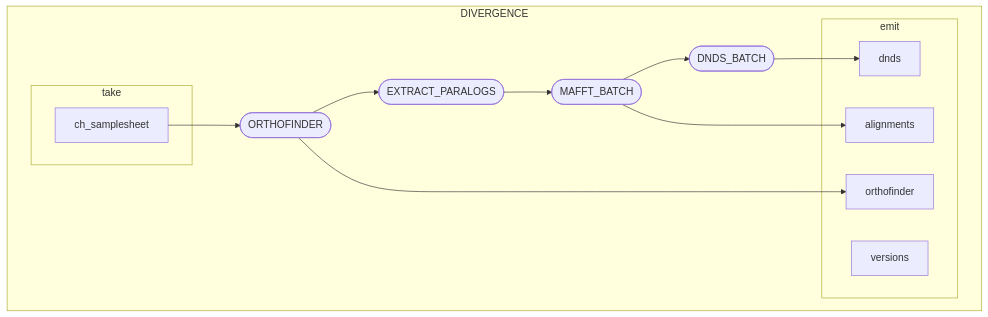
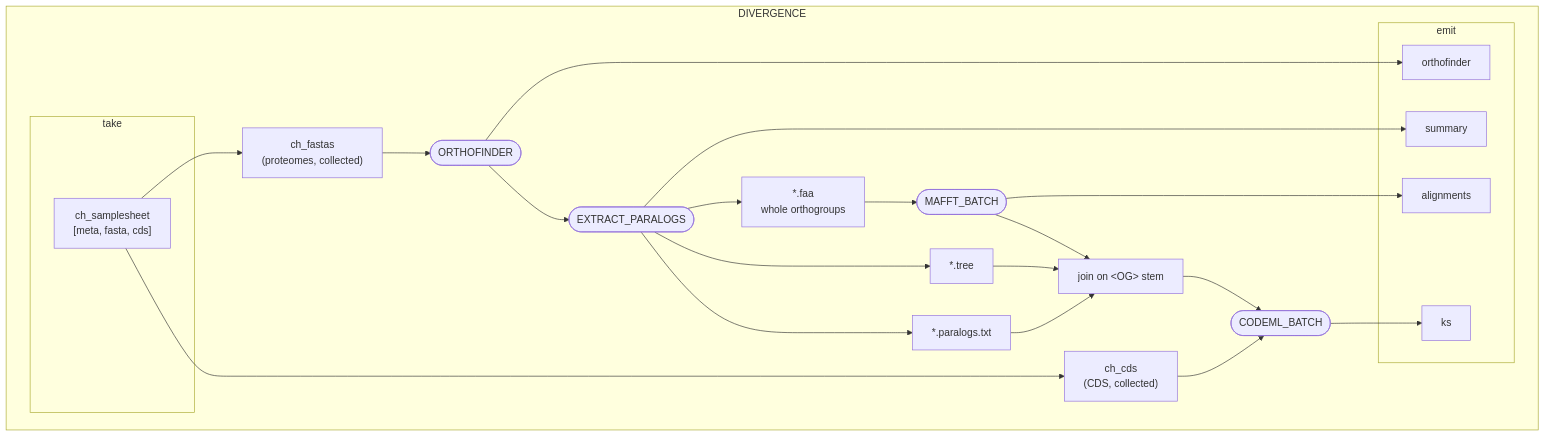
One commit to tdw-89/divergence changed the diagram in diag.md. Above: the diagram before and after it, drawn with Mermaid. The commit also changed other lines of this file and 46 other files, not shown here.

````diff
--- a/diag.md
+++ b/diag.md
@@ -1,26 +1,48 @@
 ```mermaid
 flowchart TB
   subgraph DIVERGENCE
     subgraph take
-      v0["ch_samplesheet"]
+      v0["ch_samplesheet<br/>[meta, fasta, cds]"]
     end
+
+    v1["ch_fastas<br/>(proteomes, collected)"]
+    v2["ch_cds<br/>(CDS, collected)"]
+
     v4([ORTHOFINDER])
     v5([EXTRACT_PARALOGS])
-    v7([MAFFT_BATCH])
-    v10([DNDS_BATCH])
+
+    v6["*.faa<br/>whole orthogroups"]
+    v7["*.tree"]
+    v8["*.paralogs.txt"]
+
+    v9([MAFFT_BATCH])
+    v10["join on &lt;OG&gt; stem"]
+    v11([CODEML_BATCH])
+
     subgraph emit
-      v15["alignments"]
-      v17["versions"]
-      v16["dnds"]
-      v14["orthofinder"]
+      v20["orthofinder"]
+      v21["summary"]
+      v22["alignments"]
+      v23["ks"]
     end
-    v0 --> v4
+
+    v0 --> v1
+    v0 --> v2
+    v1 --> v4
     v4 --> v5
+    v5 --> v6
     v5 --> v7
+    v5 --> v8
+    v6 --> v9
+    v9 --> v10
     v7 --> v10
-    v4 --> v14
-    v7 --> v15
-    v10 --> v16
+    v8 --> v10
+    v10 --> v11
+    v2 --> v11
+
+    v4 --> v20
+    v5 --> v21
+    v9 --> v22
+    v11 --> v23
   end
-
 ```
````
